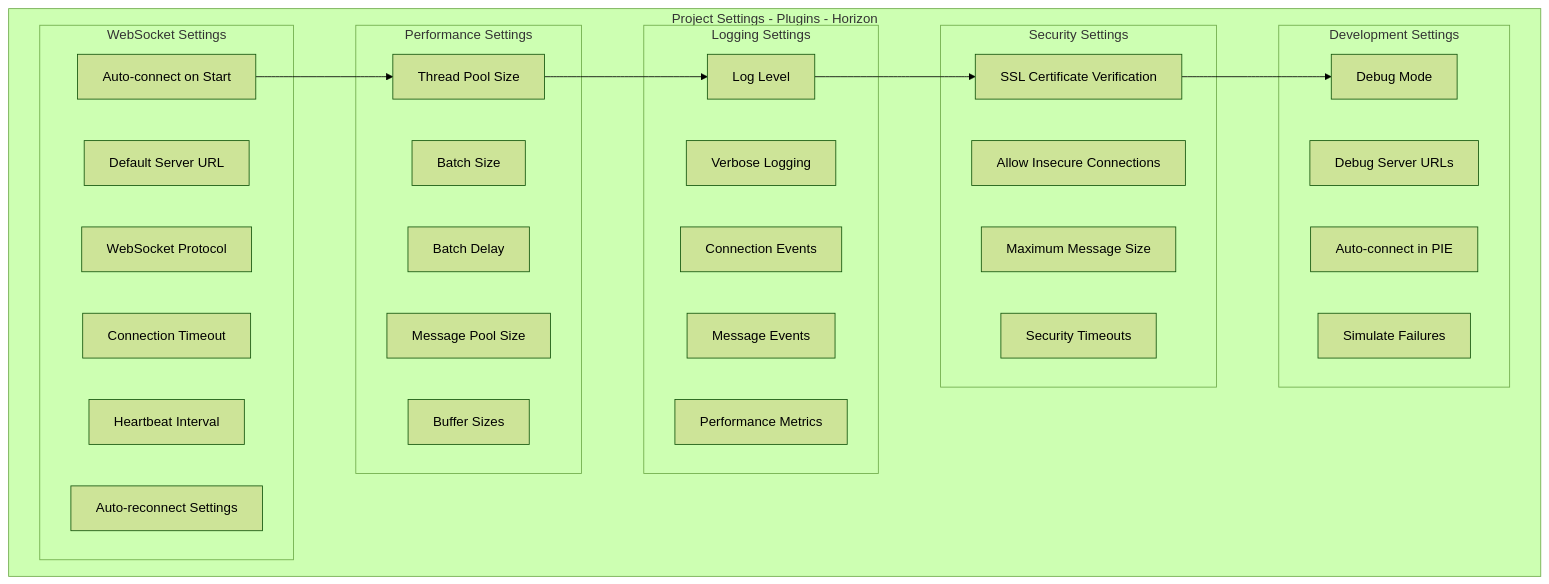
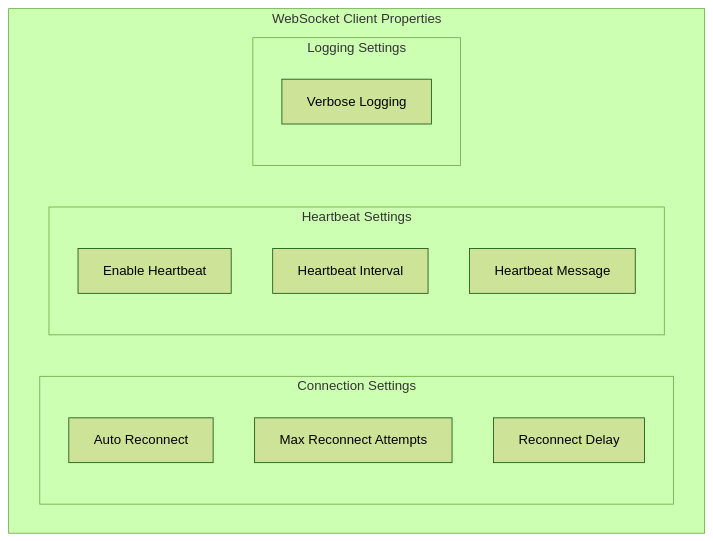
One commit to Tuafo/Horizon-Plugin-UE5-test changed the fifth of 5 diagrams in README.md. Above: the diagram before and after it, drawn with Mermaid (forest theme). The commit also changed other lines of this file, not shown here.

````diff
--- a/README.md
+++ b/README.md
@@ -332,48 +186,20 @@
 ```mermaid
 graph TD
-    subgraph "Project Settings - Plugins - Horizon"
-        subgraph "WebSocket Settings"
-            WS_AUTO[Auto-connect on Start]
-            WS_URL[Default Server URL]
-            WS_PROTO[WebSocket Protocol]
-            WS_TIMEOUT[Connection Timeout]
-            WS_HEARTBEAT[Heartbeat Interval]
-            WS_RECONNECT[Auto-reconnect Settings]
+    subgraph "WebSocket Client Properties"
+        subgraph "Connection Settings"
+            WS_AUTO[Auto Reconnect]
+            WS_ATTEMPTS[Max Reconnect Attempts]
+            WS_DELAY[Reconnect Delay]
         end
         
-        subgraph "Performance Settings"
-            PERF_THREADS[Thread Pool Size]
-            PERF_BATCH[Batch Size]
-            PERF_DELAY[Batch Delay]
-            PERF_POOL[Message Pool Size]
-            PERF_BUFFER[Buffer Sizes]
+        subgraph "Heartbeat Settings"
+            HB_ENABLE[Enable Heartbeat]
+            HB_INTERVAL[Heartbeat Interval]
+            HB_MESSAGE[Heartbeat Message]
         end
         
         subgraph "Logging Settings"
-            LOG_LEVEL[Log Level]
             LOG_VERBOSE[Verbose Logging]
-            LOG_CONN[Connection Events]
-            LOG_MSG[Message Events]
-            LOG_PERF[Performance Metrics]
-        end
-        
-        subgraph "Security Settings"
-            SEC_SSL[SSL Certificate Verification]
-            SEC_INSECURE[Allow Insecure Connections]
-            SEC_MAXSIZE[Maximum Message Size]
-            SEC_TIMEOUT[Security Timeouts]
-        end
-        
-        subgraph "Development Settings"
-            DEV_DEBUG[Debug Mode]
-            DEV_SERVERS[Debug Server URLs]
-            DEV_AUTOCONNECT[Auto-connect in PIE]
-            DEV_SIMULATE[Simulate Failures]
         end
     end
-    
-    WS_AUTO --> PERF_THREADS
-    PERF_THREADS --> LOG_LEVEL
-    LOG_LEVEL --> SEC_SSL
-    SEC_SSL --> DEV_DEBUG
 ```
````
